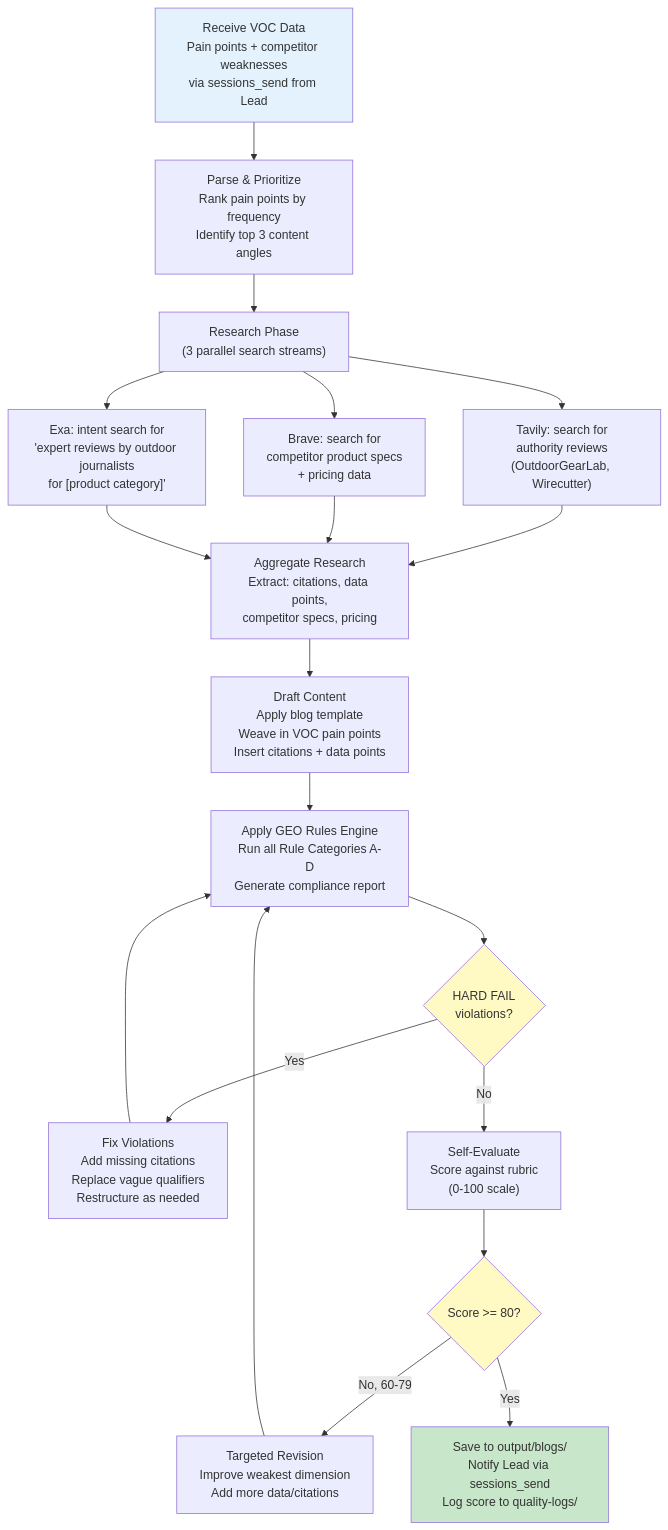
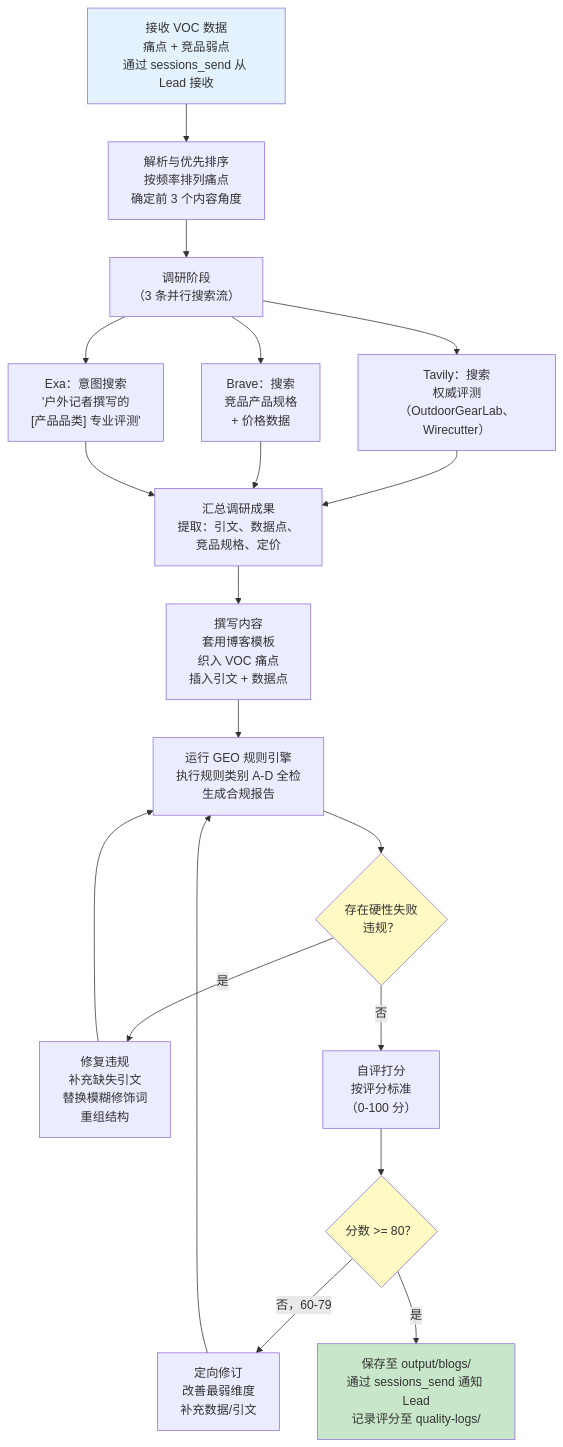
The first of 4 diagrams in plans/PLAN-geo-optimizer.md (chan-kinghin/e-commerce-claw), drawn with Mermaid before and after one commit. The commit also changed other lines of this file and 55 other files, not shown here.

````diff
--- a/plans/PLAN-geo-optimizer.md
+++ b/plans/PLAN-geo-optimizer.md
@@ -261,37 +261,37 @@
 ```mermaid
 graph TD
-    A["Receive VOC Data<br/>Pain points + competitor weaknesses<br/>via sessions_send from Lead"] --> B["Parse & Prioritize<br/>Rank pain points by frequency<br/>Identify top 3 content angles"]
+    A["接收 VOC 数据<br/>痛点 + 竞品弱点<br/>通过 sessions_send 从 Lead 接收"] --> B["解析与优先排序<br/>按频率排列痛点<br/>确定前 3 个内容角度"]
 
-    B --> C["Research Phase<br/>(3 parallel search streams)"]
+    B --> C["调研阶段<br/>（3 条并行搜索流）"]
 
-    C --> C1["Tavily: search for<br/>authority reviews<br/>(OutdoorGearLab, Wirecutter)"]
-    C --> C2["Brave: search for<br/>competitor product specs<br/>+ pricing data"]
-    C --> C3["Exa: intent search for<br/>'expert reviews by outdoor journalists<br/>for [product category]'"]
+    C --> C1["Tavily：搜索<br/>权威评测<br/>（OutdoorGearLab、Wirecutter）"]
+    C --> C2["Brave：搜索<br/>竞品产品规格<br/>+ 价格数据"]
+    C --> C3["Exa：意图搜索<br/>'户外记者撰写的<br/>[产品品类] 专业评测'"]
 
-    C1 --> D["Aggregate Research<br/>Extract: citations, data points,<br/>competitor specs, pricing"]
+    C1 --> D["汇总调研成果<br/>提取：引文、数据点、<br/>竞品规格、定价"]
     C2 --> D
     C3 --> D
 
-    D --> E["Draft Content<br/>Apply blog template<br/>Weave in VOC pain points<br/>Insert citations + data points"]
+    D --> E["撰写内容<br/>套用博客模板<br/>织入 VOC 痛点<br/>插入引文 + 数据点"]
 
-    E --> F["Apply GEO Rules Engine<br/>Run all Rule Categories A-D<br/>Generate compliance report"]
+    E --> F["运行 GEO 规则引擎<br/>执行规则类别 A-D 全检<br/>生成合规报告"]
 
-    F --> G{HARD FAIL<br/>violations?}
+    F --> G{存在硬性失败<br/>违规？}
 
-    G -->|Yes| H["Fix Violations<br/>Add missing citations<br/>Replace vague qualifiers<br/>Restructure as needed"]
+    G -->|是| H["修复违规<br/>补充缺失引文<br/>替换模糊修饰词<br/>重组结构"]
     H --> F
 
-    G -->|No| I["Self-Evaluate<br/>Score against rubric<br/>(0-100 scale)"]
+    G -->|否| I["自评打分<br/>按评分标准<br/>（0-100 分）"]
 
-    I --> J{Score >= 80?}
+    I --> J{分数 >= 80？}
 
-    J -->|No, 60-79| K["Targeted Revision<br/>Improve weakest dimension<br/>Add more data/citations"]
+    J -->|否，60-79| K["定向修订<br/>改善最弱维度<br/>补充数据/引文"]
     K --> F
 
-    J -->|Yes| L["Save to output/blogs/<br/>Notify Lead via sessions_send<br/>Log score to quality-logs/"]
+    J -->|是| L["保存至 output/blogs/<br/>通过 sessions_send 通知 Lead<br/>记录评分至 quality-logs/"]
 
     style A fill:#E3F2FD
     style L fill:#C8E6C9
     style G fill:#FFF9C4
     style J fill:#FFF9C4
 ```
````
